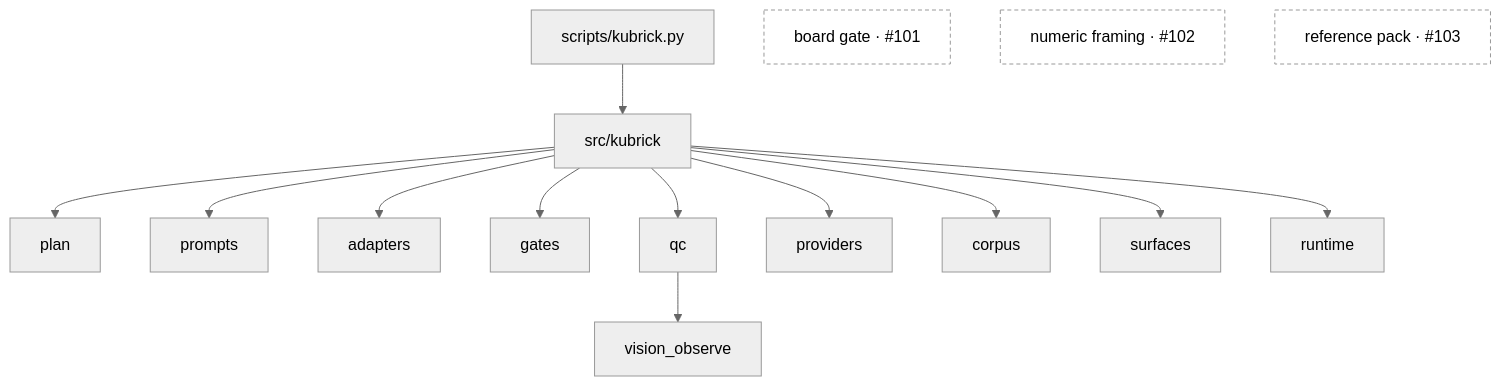
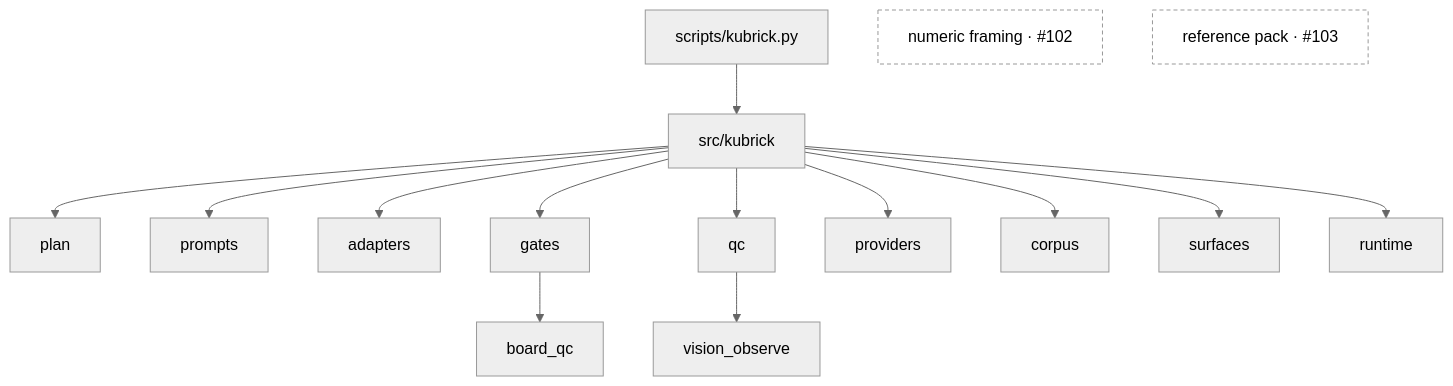
One commit to Zero-State-LLC/Kubrick changed the diagram in README.md. Above: the diagram before and after it, drawn with Mermaid (neutral theme). The commit also changed other lines of this file and 21 other files, not shown here.

````diff
--- a/README.md
+++ b/README.md
@@ -36,19 +36,19 @@
 ```mermaid
 flowchart TB
   cli["scripts/kubrick.py"] --> core["src/kubrick"]
   core --> plan["plan"]
   core --> prompts["prompts"]
   core --> adapters["adapters"]
   core --> gates["gates"]
+  gates --> board["board_qc"]
   core --> qc["qc"]
   qc --> take["vision_observe"]
   core --> providers["providers"]
   core --> corpus["corpus"]
   core --> surfaces["surfaces"]
   core --> runtime["runtime"]
-  board["board gate · #101"]
   framing["numeric framing · #102"]
   refpack["reference pack · #103"]
   classDef planned stroke-dasharray: 4 3,fill:none
-  class board,framing,refpack planned
+  class framing,refpack planned
 ```
````
